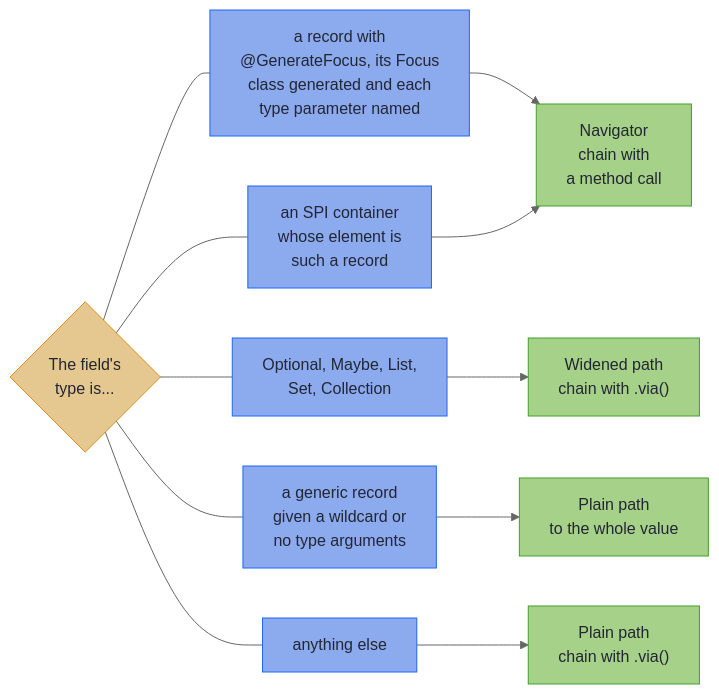
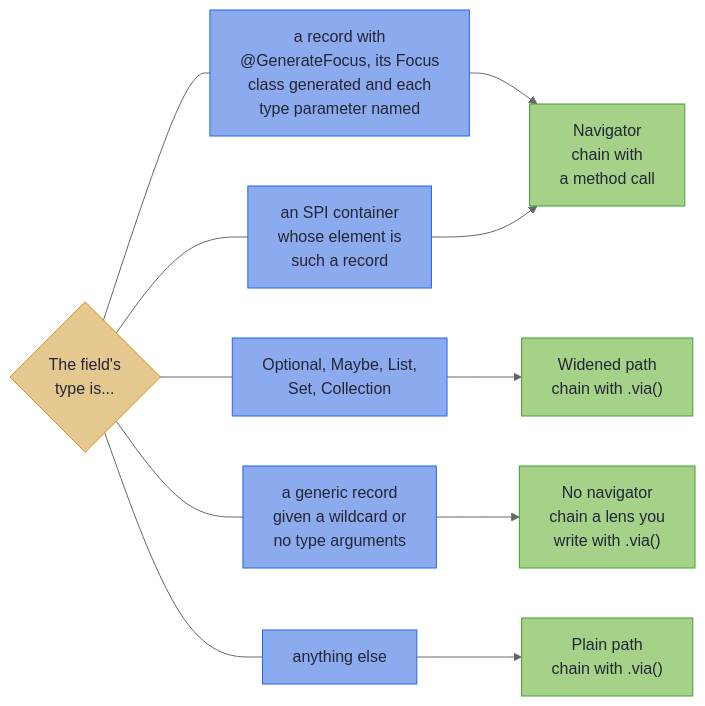
One commit to higher-kinded-j/higher-kinded-j changed the diagram in hkj-book/src/optics/focus_navigation.md. Above: the diagram before and after it, drawn with Mermaid (neutral theme). The commit also changed other lines of this file and 9 other files, not shown here.

````diff
--- a/hkj-book/src/optics/focus_navigation.md
+++ b/hkj-book/src/optics/focus_navigation.md
@@ -152,23 +152,23 @@
 ```mermaid
 flowchart LR
     accTitle: Which fields get a navigator
-    accDescr: A record annotated with GenerateFocus, whose Focus class was generated and whose type parameters the field names, gets a navigator, and so does an SPI container whose element is such a record. Optional, Maybe, List, Set and Collection fields are widened to a path chained with via. A generic record given a wildcard or no type arguments keeps a plain path to the whole value. Anything else keeps a plain path chained with via.
+    accDescr: A record annotated with GenerateFocus, whose Focus class was generated and whose type parameters the field names, gets a navigator, and so does an SPI container whose element is such a record. Optional, Maybe, List, Set and Collection fields are widened to a path chained with via. A generic record given a wildcard or no type arguments gets no navigator, so chain a lens you write with via. Anything else keeps a plain path chained with via.
     F{"The field's<br/>type is..."}
     F --- R1["a record with<br/>@GenerateFocus, its Focus<br/>class generated and each<br/>type parameter named"]
     F --- R2["an SPI container<br/>whose element is<br/>such a record"]
     F --- R3["Optional, Maybe, List,<br/>Set, Collection"]
     F --- R4["a generic record<br/>given a wildcard or<br/>no type arguments"]
     F --- R5["anything else"]
     R1 --> N["Navigator<br/>chain with<br/>a method call"]
     R2 --> N
     R3 --> W["Widened path<br/>chain with .via()"]
-    R4 --> Q["Plain path<br/>to the whole value"]
+    R4 --> Q["No navigator<br/>chain a lens you<br/>write with .via()"]
     R5 --> P["Plain path<br/>chain with .via()"]
 
     classDef decision fill:#e5c890,stroke:#df8e1d,color:#232634
     classDef step fill:#8caaee,stroke:#1e66f5,color:#232634
     classDef tier fill:#a6d189,stroke:#40a02b,color:#232634
     class F decision
     class R1,R2,R3,R4,R5 step
     class N,W,Q,P tier
 ```
````
